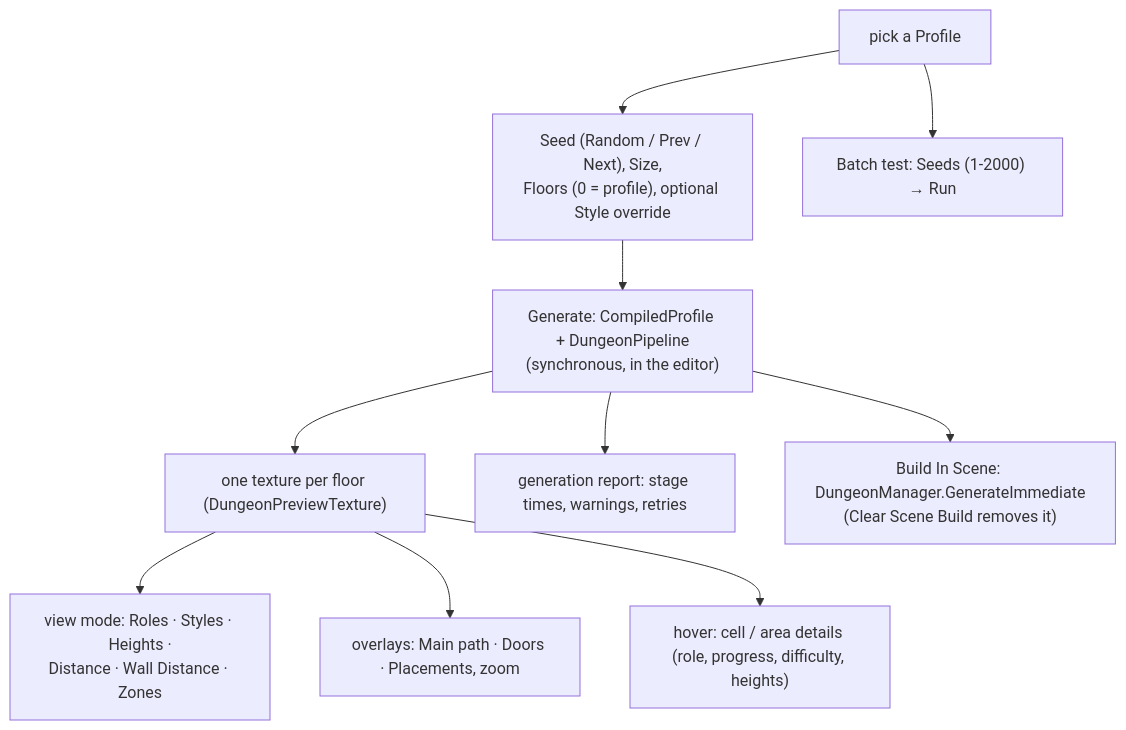
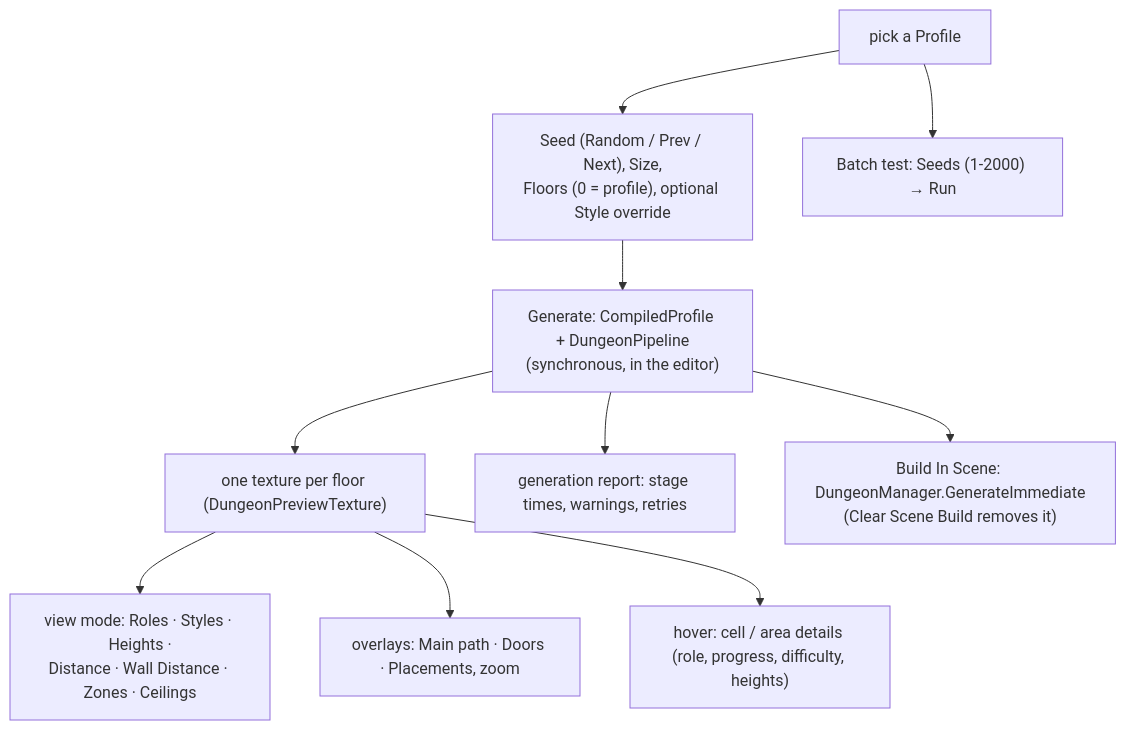
One commit to Kaynan-Jamelaumn/SimpleMovementsUnityPackage changed the second of 2 diagrams in Documentation/Dungeon/11-Editor-Tools-and-Testing.md. Above: the diagram before and after it, drawn with Mermaid. The commit also changed other lines of this file and 161 other files, not shown here.

````diff
--- a/Documentation/Dungeon/11-Editor-Tools-and-Testing.md
+++ b/Documentation/Dungeon/11-Editor-Tools-and-Testing.md
@@ -39,12 +40,12 @@
 ```mermaid
 flowchart TD
     A["pick a Profile"] --> B["Seed (Random / Prev / Next), Size,<br/>Floors (0 = profile), optional Style override"]
     B --> C["Generate: CompiledProfile + DungeonPipeline<br/>(synchronous, in the editor)"]
     C --> D["one texture per floor (DungeonPreviewTexture)"]
-    D --> E["view mode: Roles · Styles · Heights ·<br/>Distance · Wall Distance · Zones"]
+    D --> E["view mode: Roles · Styles · Heights ·<br/>Distance · Wall Distance · Zones · Ceilings"]
     D --> F["overlays: Main path · Doors · Placements, zoom"]
     D --> G["hover: cell / area details (role, progress, difficulty, heights)"]
     C --> H["generation report: stage times, warnings, retries"]
     C --> I["Build In Scene: DungeonManager.GenerateImmediate<br/>(Clear Scene Build removes it)"]
     A --> J["Batch test: Seeds (1-2000) → Run"]
 ```
````
